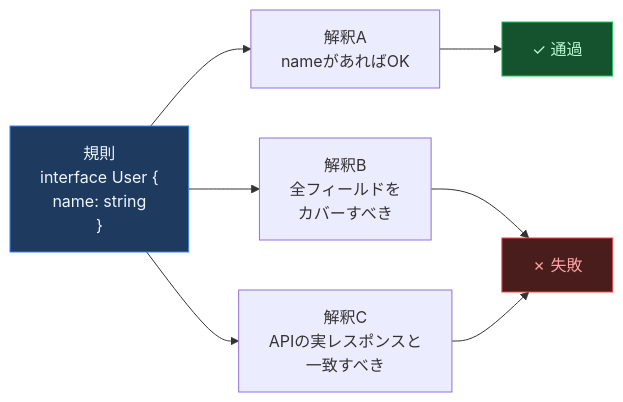
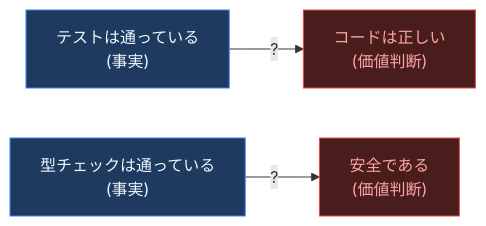
Before and after one commit to ohyesiamy/web-anomaly-detector: the second of 8 diagrams in ABSTRACT.md, drawn with Mermaid. The commit also changed other lines of this file, not shown here.

````diff
--- a/ABSTRACT.md
+++ b/ABSTRACT.md
@@ -37,14 +90,10 @@
 ```mermaid
 graph LR
-    Rule["規則\ninterface User {\n  name: string\n}"] --> I1["解釈A\nnameがあればOK"]
-    Rule --> I2["解釈B\n全フィールドを\nカバーすべき"]
-    Rule --> I3["解釈C\nAPIの実レスポンスと\n一致すべき"]
+    IS["テストは通っている\n(事実)"] -->|"?"| OUGHT["コードは正しい\n(価値判断)"]
+    IS2["型チェックは通っている\n(事実)"] -->|"?"| OUGHT2["安全である\n(価値判断)"]
 
-    I1 --> Pass["✓ 通過"]
-    I2 --> Fail["✗ 失敗"]
-    I3 --> Fail
-
-    style Pass fill:#14532d,stroke:#22c55e,color:#bbf7d0
-    style Fail fill:#4a1d1d,stroke:#ef4444,color:#fca5a5
-    style Rule fill:#1e3a5f,stroke:#3b82f6,color:#eff6ff
+    style IS fill:#1e3a5f,stroke:#3b82f6,color:#eff6ff
+    style IS2 fill:#1e3a5f,stroke:#3b82f6,color:#eff6ff
+    style OUGHT fill:#4a1d1d,stroke:#ef4444,color:#fca5a5
+    style OUGHT2 fill:#4a1d1d,stroke:#ef4444,color:#fca5a5
 ```
````
